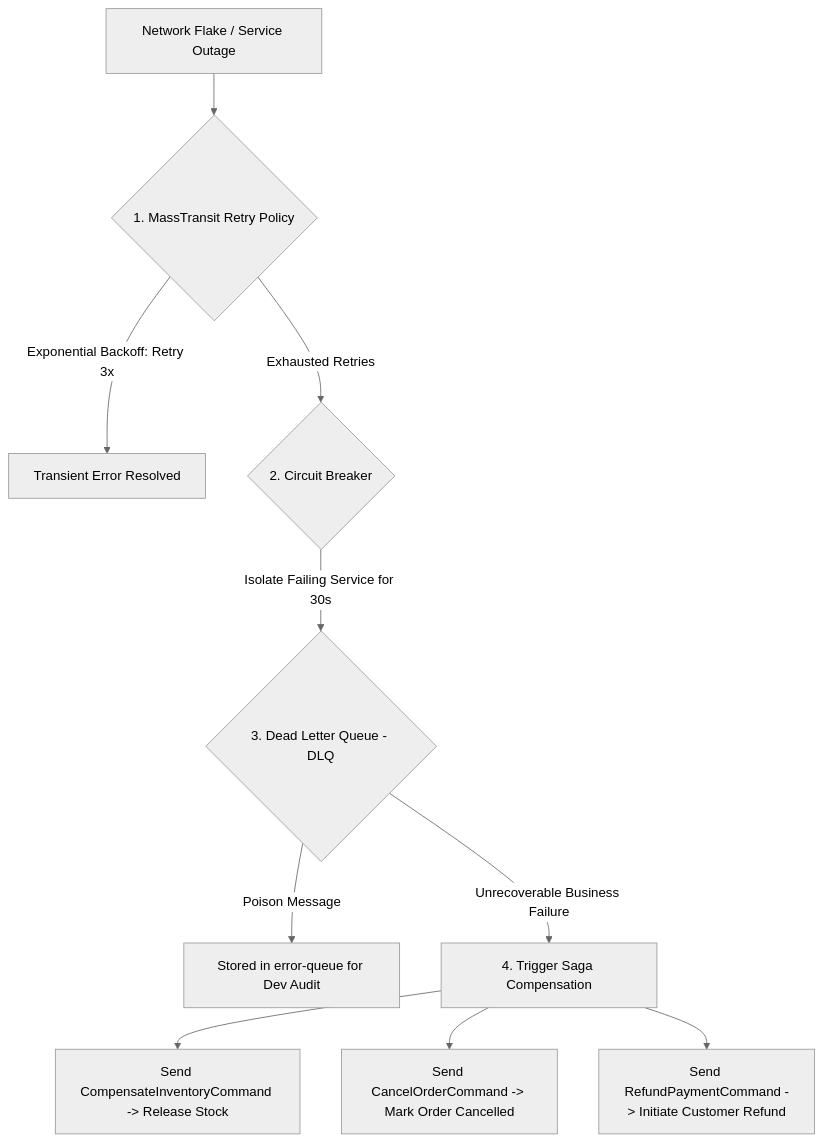
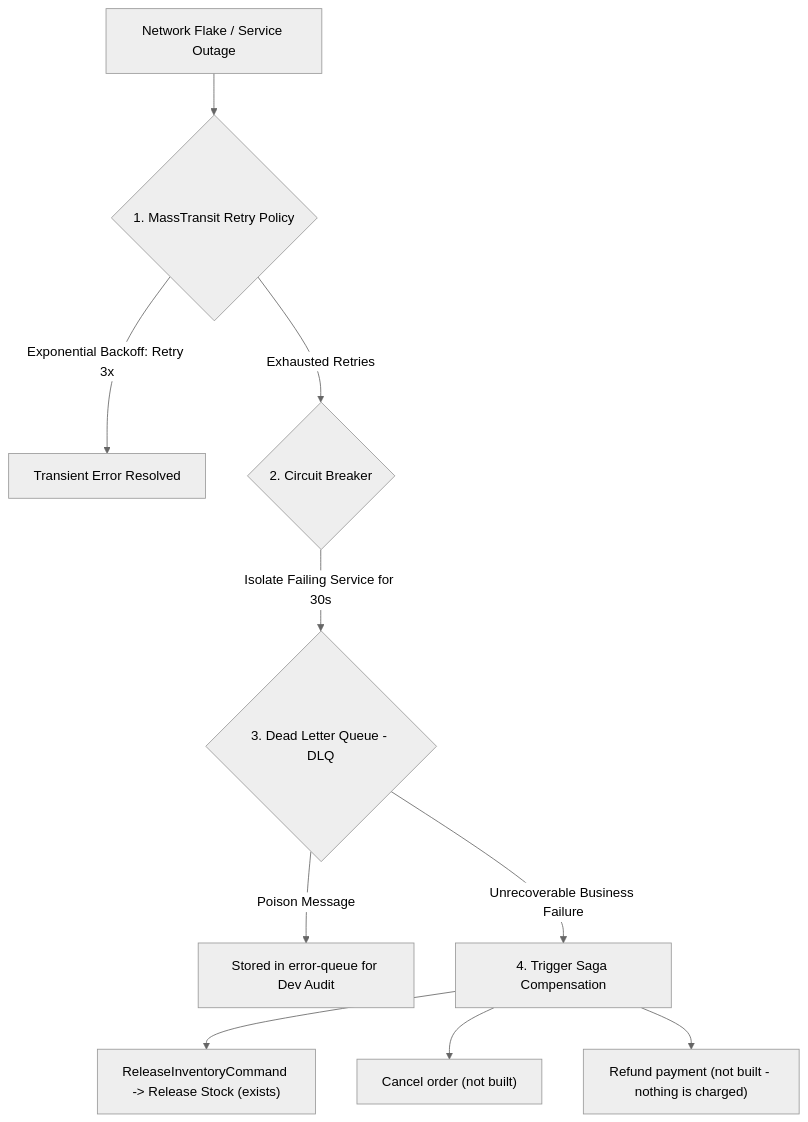
One commit to jessiicamaru/e-commerce-asp-dotnet-practice changed the second of 2 diagrams in docs/architecture/reliable-messaging-and-outbox-pattern.md. Above: the diagram before and after it, drawn with Mermaid (neutral theme). The commit also changed other lines of this file and 19 other files, not shown here.

````diff
--- a/docs/architecture/reliable-messaging-and-outbox-pattern.md
+++ b/docs/architecture/reliable-messaging-and-outbox-pattern.md
@@ -91,16 +116,16 @@
 ```mermaid
 graph TD
     Error["Network Flake / Service Outage"] --> Level1{"1. MassTransit Retry Policy"}
-    
+
     Level1 -->|Exponential Backoff: Retry 3x| Recovered["Transient Error Resolved"]
     Level1 -->|Exhausted Retries| Level2{"2. Circuit Breaker"}
-    
+
     Level2 -->|Isolate Failing Service for 30s| Level3{"3. Dead Letter Queue - DLQ"}
-    
+
     Level3 -->|Poison Message| DLQStorage["Stored in error-queue for Dev Audit"]
     Level3 -->|Unrecoverable Business Failure| Level4["4. Trigger Saga Compensation"]
-    
-    Level4 --> Comp1["Send CompensateInventoryCommand -> Release Stock"]
-    Level4 --> Comp2["Send CancelOrderCommand -> Mark Order Cancelled"]
-    Level4 --> Comp3["Send RefundPaymentCommand -> Initiate Customer Refund"]
+
+    Level4 --> Comp1["ReleaseInventoryCommand -> Release Stock (exists)"]
+    Level4 --> Comp2["Cancel order (not built)"]
+    Level4 --> Comp3["Refund payment (not built - nothing is charged)"]
 ```
````
